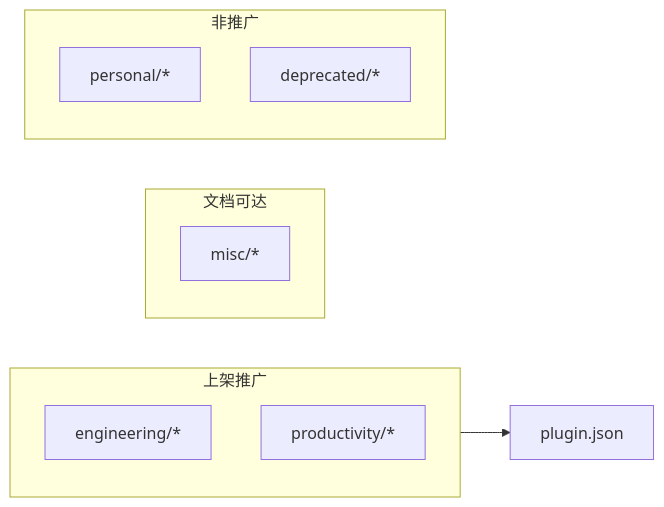
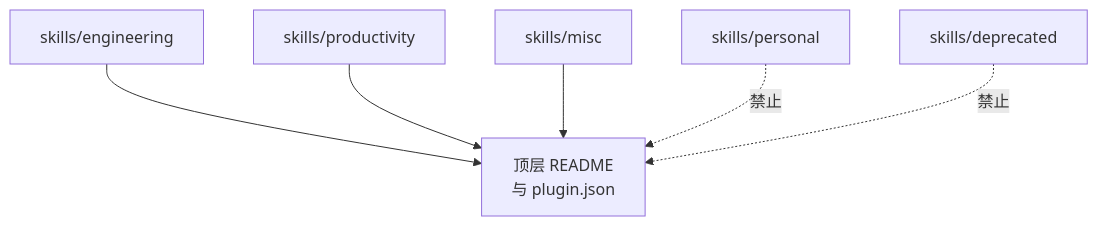
Before and after one commit to dragonforce2010/awesome-ai-repos-deepwiki: the seventh of 7 diagrams in project-wiki/skills/exports/full-wiki.md, drawn with Mermaid. The commit also changed other lines of this file and 36 other files, not shown here.

````diff
--- a/project-wiki/skills/exports/full-wiki.md
+++ b/project-wiki/skills/exports/full-wiki.md
@@ -1169,15 +1239,13 @@
 ```mermaid
-flowchart LR
-  subgraph Promoted["上架推广"]
-    ENG["engineering/*"]
-    PROD["productivity/*"]
-  end
-  subgraph Secondary["文档可达"]
-    MISC["misc/*"]
-  end
-  subgraph NonPromoted["非推广"]
-    PER["personal/*"]
-    DEP["deprecated/*"]
-  end
-  Promoted --> Plugin["plugin.json"]
+graph TD
+  ENG["skills/engineering"]
+  PRD["skills/productivity"]
+  MSC["skills/misc"]
+  PER["skills/personal"]
+  DEP["skills/deprecated"]
+  ENG --> DOC["顶层 README<br/>与 plugin.json"]
+  PRD --> DOC
+  MSC --> DOC
+  PER -.->|"禁止"| DOC
+  DEP -.->|"禁止"| DOC
 ```
````
